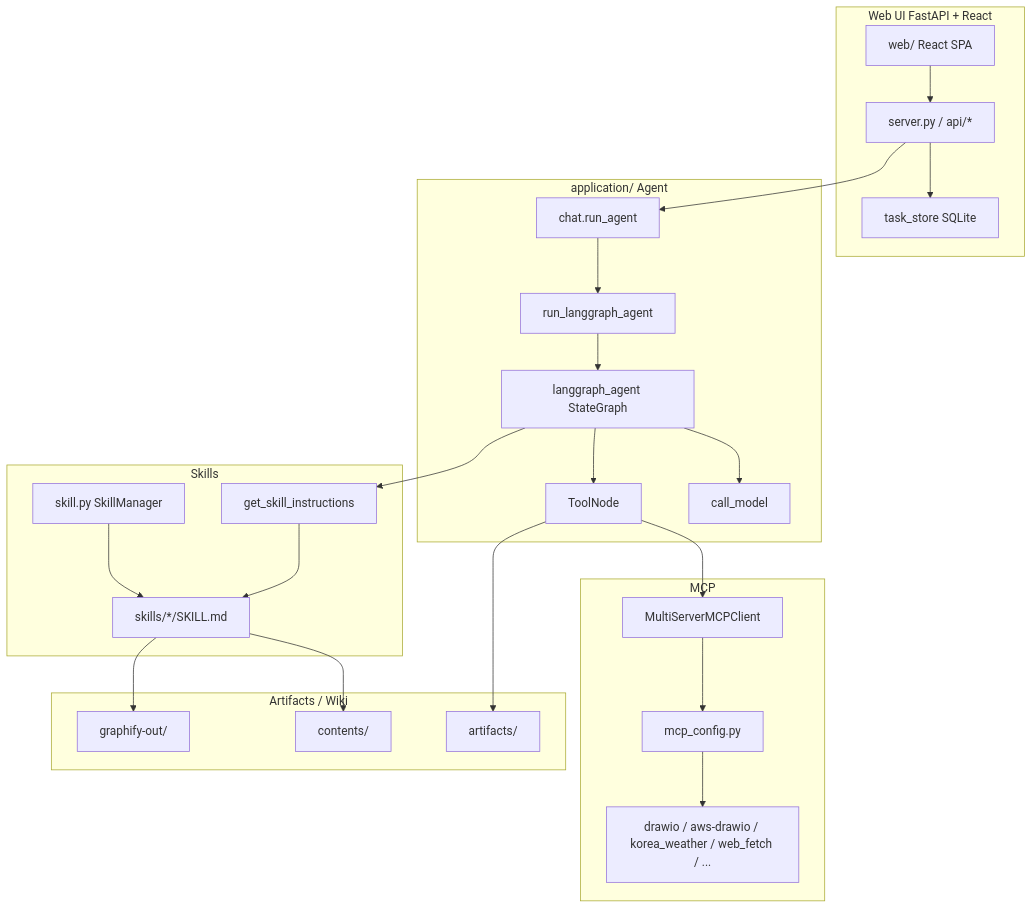
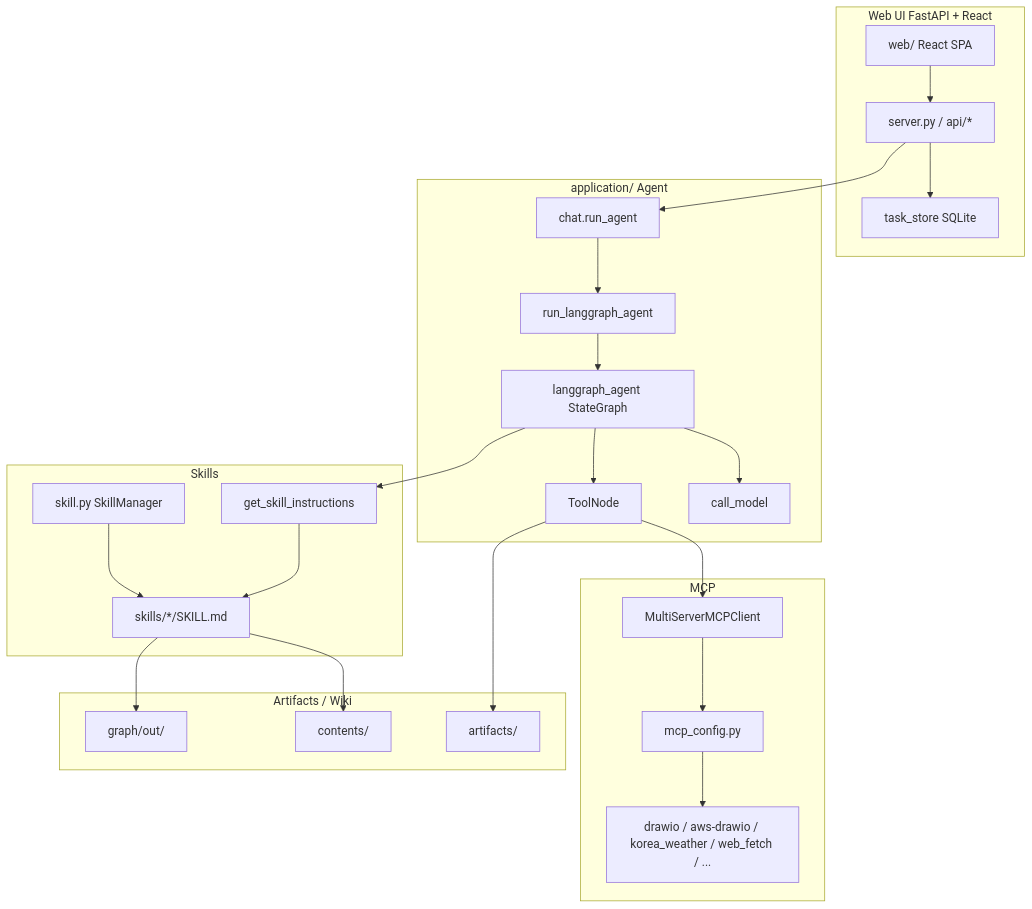
Before and after one commit to kyopark2014/agent-wiki: the diagram in README.md, drawn with Mermaid. The commit also changed 32 other files, not shown here.

First line of the commit message:
Align knowledge graph pipeline with agent-skills auto-extract flow.

````diff
--- a/README.md
+++ b/README.md
@@ -44,51 +44,51 @@
 ```mermaid
 flowchart TB
   subgraph UI["Web UI FastAPI + React"]
     SPA["web/ React SPA"]
     API["server.py / api/*"]
     TS[task_store SQLite]
   end
 
   subgraph Agent["application/ Agent"]
     RA["chat.run_agent"]
     RLA["run_langgraph_agent"]
     SG["langgraph_agent StateGraph"]
     CM[call_model]
     TN[ToolNode]
   end
 
   subgraph Skills["Skills"]
     SM[skill.py SkillManager]
     SK["skills/*/SKILL.md"]
     GSI[get_skill_instructions]
   end
 
   subgraph MCP["MCP"]
     CFG[mcp_config.py]
     SRV["drawio / aws-drawio / korea_weather / web_fetch / ..."]
     CLI[MultiServerMCPClient]
   end
 
   subgraph Storage["Artifacts / Wiki"]
     ART[artifacts/]
     CONT[contents/]
-    GOUT[graphify-out/]
+    GOUT[graph/out/]
   end
 
   SPA --> API
   API --> TS
   API --> RA
   RA --> RLA
   RLA --> SG
   SG --> CM
   SG --> TN
   SG --> GSI
   SM --> SK
   GSI --> SK
   TN --> CLI
   CLI --> CFG
   CFG --> SRV
   TN --> ART
   SK --> CONT
   SK --> GOUT
 ```
````
